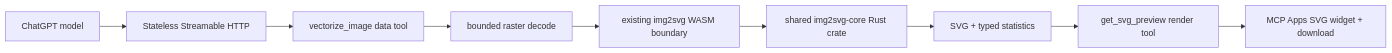
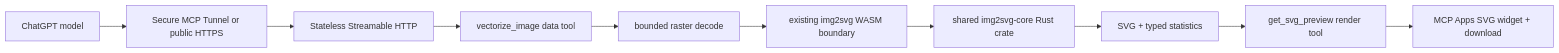
Before and after one commit to MarvKalani/img2svg-studio: the diagram in docs/APPS_SDK.md, drawn with Mermaid. The commit also changed other lines of this file and 7 other files, not shown here.

````diff
--- a/docs/APPS_SDK.md
+++ b/docs/APPS_SDK.md
@@ -22,11 +22,12 @@
 ```mermaid
 flowchart LR
-  ChatGPT["ChatGPT model"] --> Http["Stateless Streamable HTTP"]
+  ChatGPT["ChatGPT model"] --> Connection["Secure MCP Tunnel or public HTTPS"]
+  Connection --> Http["Stateless Streamable HTTP"]
   Http --> Vectorize["vectorize_image data tool"]
   Vectorize --> Decode["bounded raster decode"]
   Decode --> Wasm["existing img2svg WASM boundary"]
   Wasm --> Core["shared img2svg-core Rust crate"]
   Core --> Result["SVG + typed statistics"]
   Result --> Preview["get_svg_preview render tool"]
   Preview --> Widget["MCP Apps SVG widget + download"]
 ```
````
